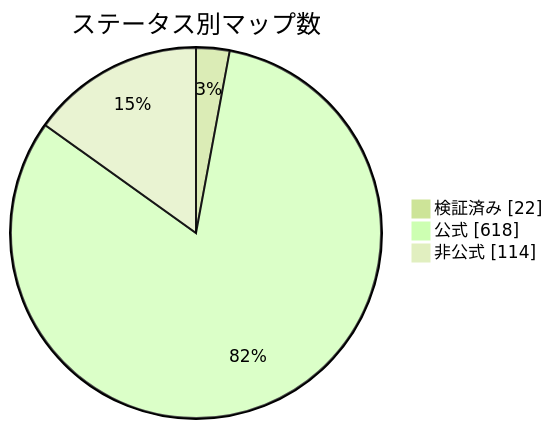
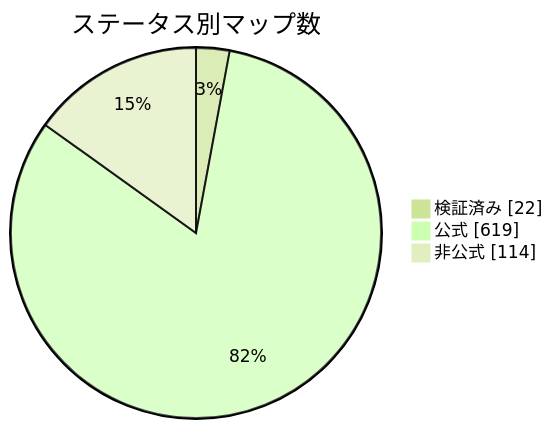
Before and after one commit to nobrega8/mbmap-library: the diagram in docs/readme/README_JP.md, drawn with Mermaid (forest theme). The commit also changed 6 other files, not shown here.

````diff
--- a/docs/readme/README_JP.md
+++ b/docs/readme/README_JP.md
@@ -54,7 +54,7 @@
 ```mermaid
 pie showData
     title ステータス別マップ数
     "検証済み" : 22
-    "公式" : 618
+    "公式" : 619
     "非公式" : 114
 ```
````
